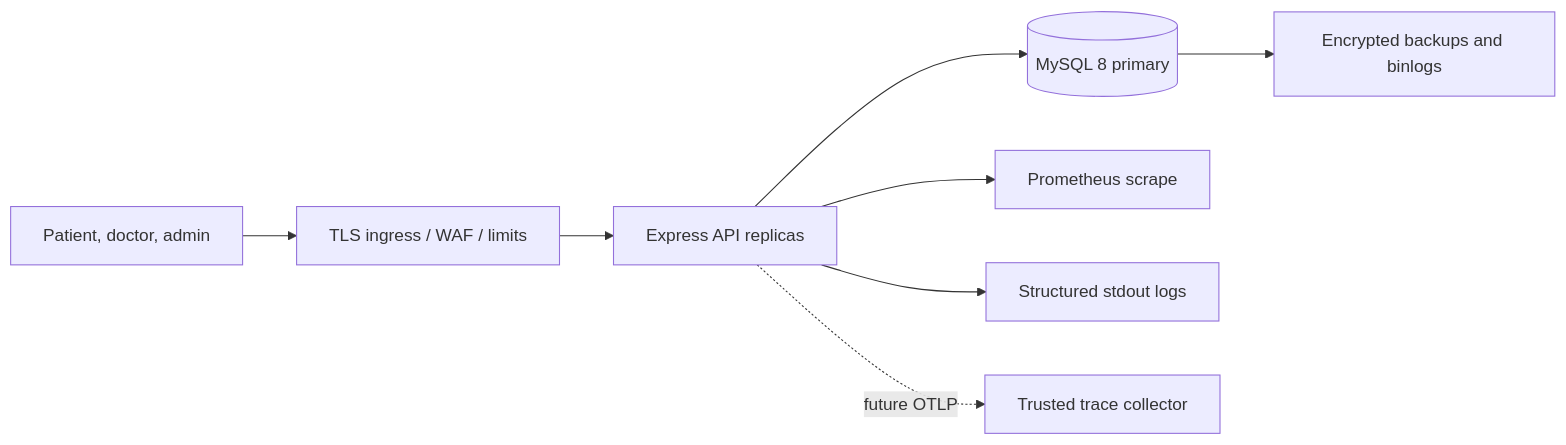
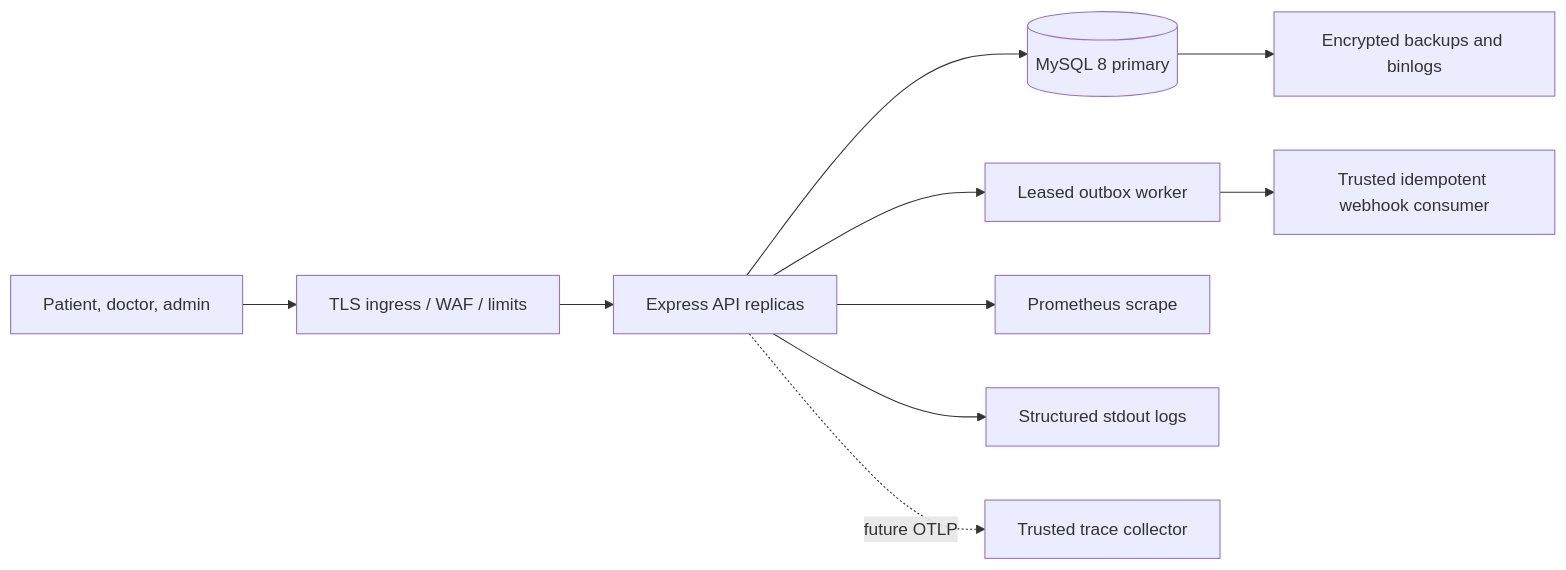
One commit to nipunharsh2003/Amrutam_healtcare changed the first of 3 diagrams in docs/architecture.md. Above: the diagram before and after it, drawn with Mermaid. The commit also changed other lines of this file and 14 other files, not shown here.

````diff
--- a/docs/architecture.md
+++ b/docs/architecture.md
@@ -7,10 +7,12 @@
 ```mermaid
 flowchart LR
   Client[Patient, doctor, admin] --> Edge[TLS ingress / WAF / limits]
   Edge --> API[Express API replicas]
   API --> DB[(MySQL 8 primary)]
+  API --> Worker[Leased outbox worker]
+  Worker --> Consumer[Trusted idempotent webhook consumer]
   API --> Metrics[Prometheus scrape]
   API --> Logs[Structured stdout logs]
   API -. future OTLP .-> Trace[Trusted trace collector]
   DB --> Backup[Encrypted backups and binlogs]
 ```
````
